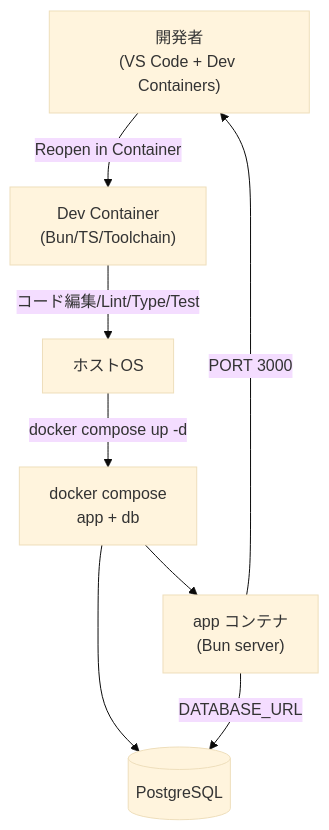
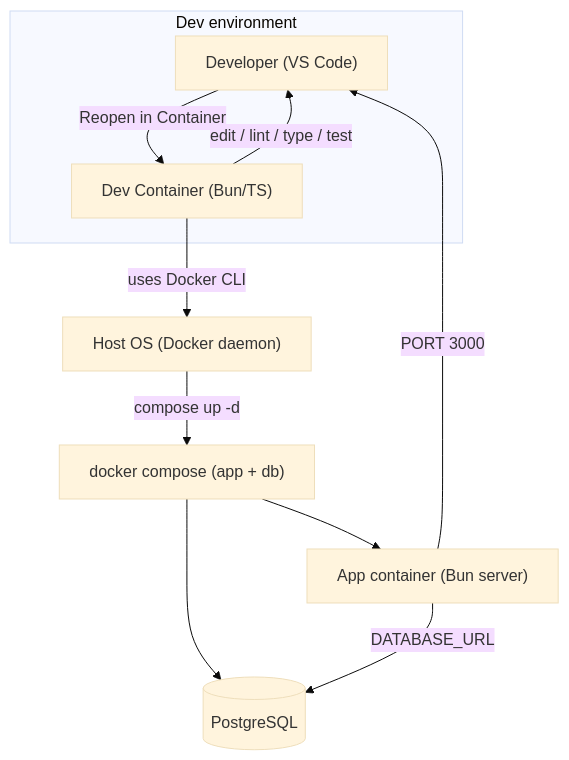
Before and after one commit to Lunacea/web-template: the first of 5 diagrams in DESIGN.md, drawn with Mermaid (base theme). The commit also changed other lines of this file and 1 other file, not shown here.

````diff
--- a/DESIGN.md
+++ b/DESIGN.md
@@ -7,17 +7,18 @@
 ```mermaid
 flowchart TB
-  Dev["開発者\n(VS Code + Dev Containers)"]
-  DC["Dev Container\n(Bun/TS/Toolchain)"]
-  Host["ホストOS"]
-  Compose["docker compose\napp + db"]
-  AppC["app コンテナ\n(Bun server)"]
-  DB[(PostgreSQL)]
+  subgraph DevEnv["Dev environment"]
+    DEV["Developer (VS Code)"] -- "Reopen in Container" --> DC["Dev Container (Bun/TS)"]
+  end
+  HOST["Host OS (Docker daemon)"]
+  COMPOSE["docker compose (app + db)"]
+  APP["App container (Bun server)"]
+  DB[("PostgreSQL")]
 
-  Dev -- "Reopen in Container" --> DC
-  DC -- "コード編集/Lint/Type/Test" --> Host
-  Host -- "docker compose up -d" --> Compose
-  Compose --> AppC
-  Compose --> DB
-  AppC -- "PORT 3000" --> Dev
-  AppC -- "DATABASE_URL" --> DB
+  DC -- "edit / lint / type / test" --> DEV
+  DC -- "uses Docker CLI" --> HOST
+  HOST -- "compose up -d" --> COMPOSE
+  COMPOSE --> APP
+  COMPOSE --> DB
+  APP -- "PORT 3000" --> DEV
+  APP -- "DATABASE_URL" --> DB
 ```
````
